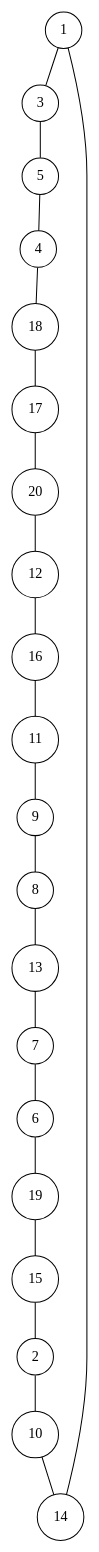
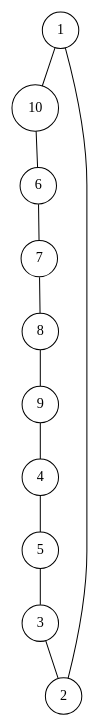
The diagram in data_generated/random1792309082/random1792309082.0.dot (lugot/tsp-approximation), drawn with Graphviz before and after one commit. The commit also changed 69 other files, not shown here.

```diff
--- a/data_generated/random1792309082/random1792309082.0.dot
+++ b/data_generated/random1792309082/random1792309082.0.dot
@@ -1,44 +1,24 @@
 graph random1792309082 {
 	node [shape=circle fillcolor=white]
-	1 [ pos = "0.347767,8.983774!"]
-	2 [ pos = "3.776019,9.848221!"]
-	3 [ pos = "2.567106,13.286088!"]
-	4 [ pos = "11.895750,15.167412!"]
-	5 [ pos = "3.639321,16.145442!"]
-	6 [ pos = "6.946211,6.156252!"]
-	7 [ pos = "8.564624,3.885914!"]
-	8 [ pos = "16.408760,1.896069!"]
-	9 [ pos = "18.906949,5.511597!"]
-	10 [ pos = "2.568263,7.363671!"]
-	11 [ pos = "16.183388,9.366942!"]
-	12 [ pos = "13.080109,11.547133!"]
-	13 [ pos = "13.928165,4.348431!"]
-	14 [ pos = "0.875267,6.350753!"]
-	15 [ pos = "7.219288,8.449119!"]
-	16 [ pos = "13.276972,7.567055!"]
-	17 [ pos = "17.432894,17.052991!"]
-	18 [ pos = "17.415276,20.000000!"]
-	19 [ pos = "8.582202,7.554148!"]
-	20 [ pos = "13.410534,12.221523!"]
+	1 [ pos = "0.091968,2.375786!"]
+	2 [ pos = "0.998580,2.604392!"]
+	3 [ pos = "0.678879,3.513546!"]
+	4 [ pos = "3.145867,4.011068!"]
+	5 [ pos = "0.962430,4.269711!"]
+	6 [ pos = "1.836947,1.628039!"]
+	7 [ pos = "2.264941,1.027642!"]
+	8 [ pos = "4.339346,0.501421!"]
+	9 [ pos = "5.000000,1.457559!"]
+	10 [ pos = "0.679185,1.947345!"]
 
-	1 -- 3
-	2 -- 10
-	3 -- 5
-	4 -- 18
-	5 -- 4
-	6 -- 19
-	7 -- 6
-	8 -- 13
-	9 -- 8
-	10 -- 14
-	11 -- 9
-	12 -- 16
-	13 -- 7
-	14 -- 1
-	15 -- 2
-	16 -- 11
-	17 -- 20
-	18 -- 17
-	19 -- 15
-	20 -- 12
+	1 -- 10
+	2 -- 1
+	3 -- 2
+	4 -- 5
+	5 -- 3
+	6 -- 7
+	7 -- 8
+	8 -- 9
+	9 -- 4
+	10 -- 6
 }
```
